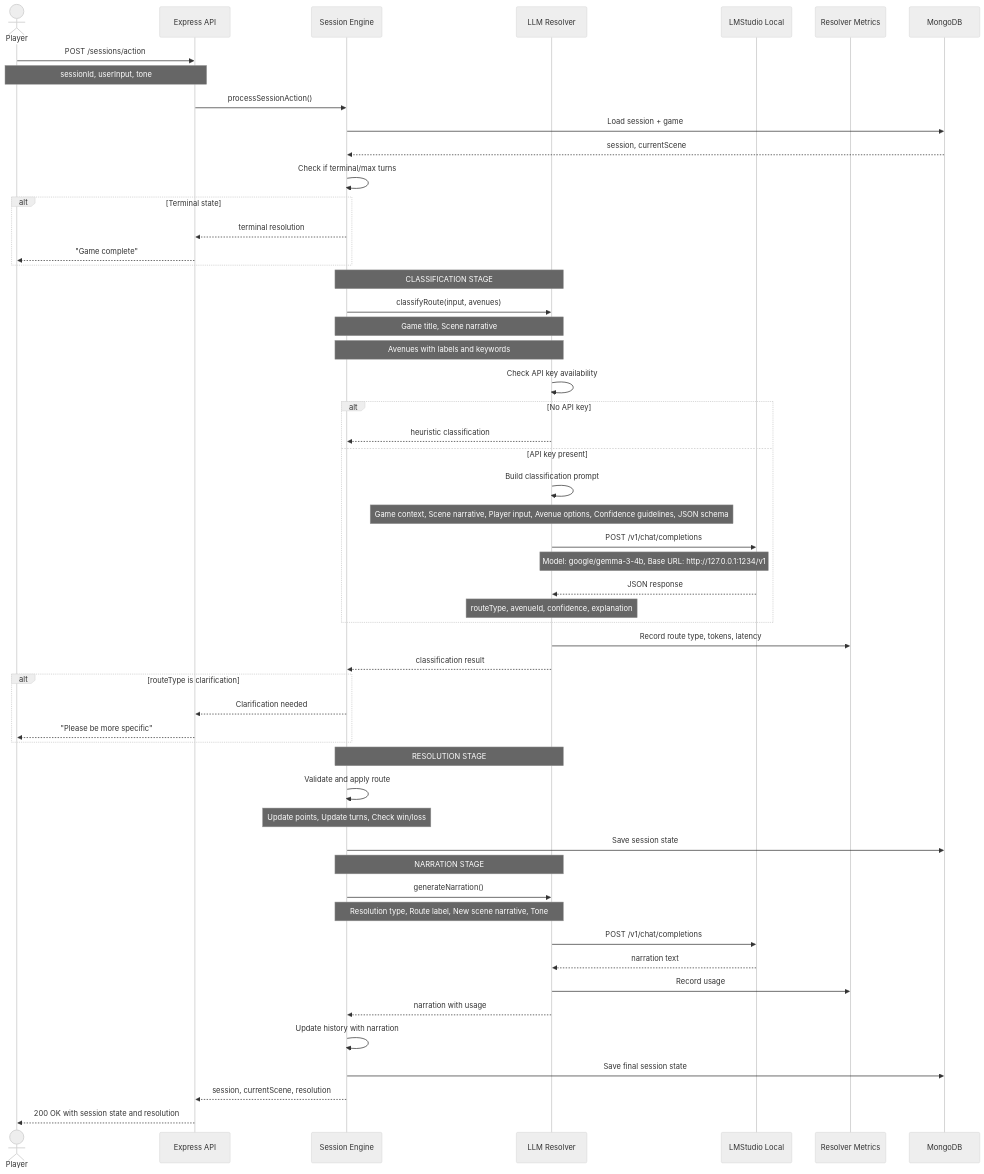
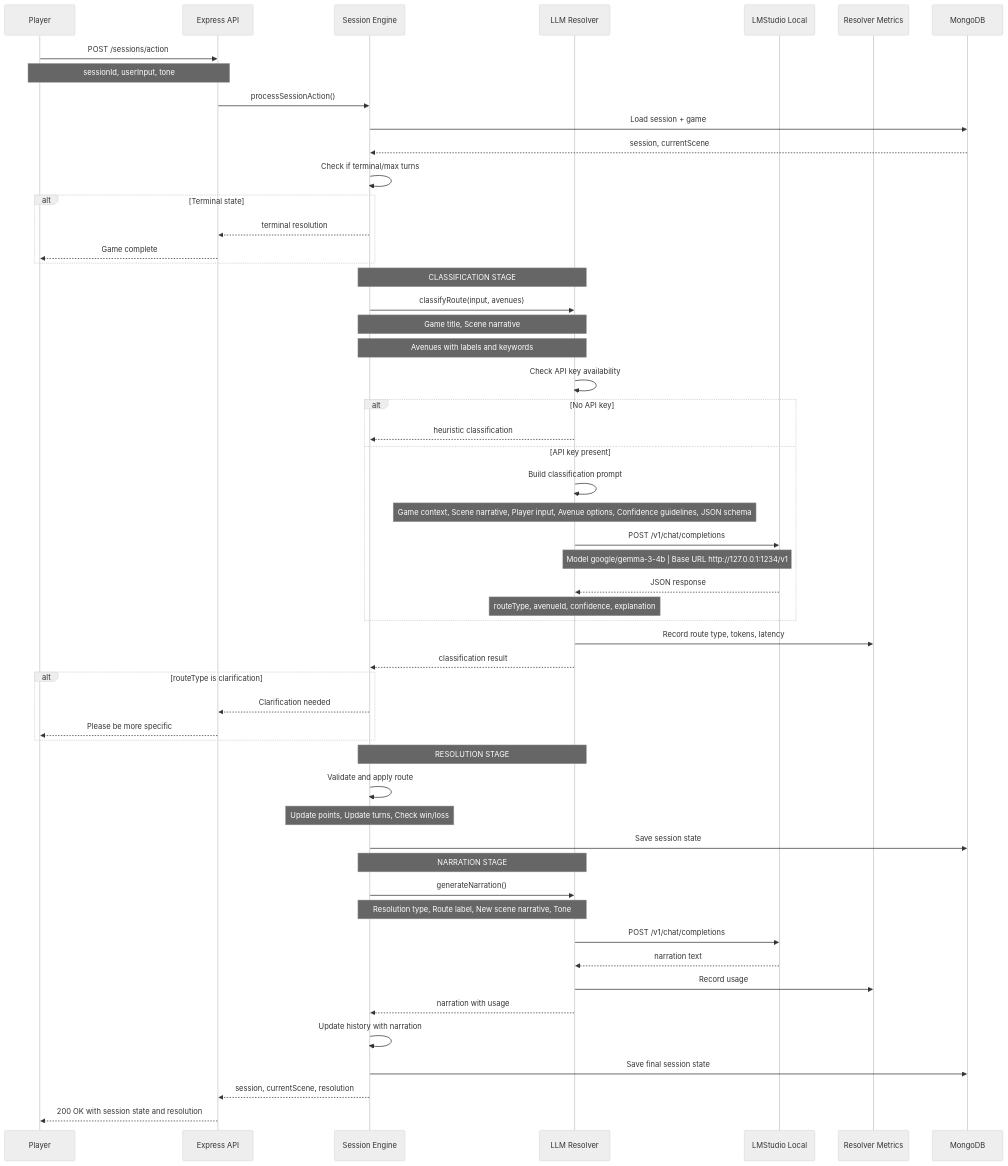
Before and after one commit to aamir-nus/lumina-quest: the first of 7 diagrams in docs/UI_MOCKUPS.md, drawn with Mermaid (neutral theme).

Commit message:
update -- fully rendered mermaid UI mockups

````diff
--- a/docs/UI_MOCKUPS.md
+++ b/docs/UI_MOCKUPS.md
@@ -7,72 +7,72 @@
 ```mermaid
 sequenceDiagram
-    actor Player
+    participant Player
     participant API as Express API
     participant Engine as Session Engine
     participant LLM as LLM Resolver
     participant LMStudio as LMStudio Local
     participant Metrics as Resolver Metrics
     participant DB as MongoDB
 
     Player->>API: POST /sessions/action
     Note over Player,API: sessionId, userInput, tone
 
     API->>Engine: processSessionAction()
 
     Engine->>DB: Load session + game
     DB-->>Engine: session, currentScene
 
     Engine->>Engine: Check if terminal/max turns
     alt Terminal state
         Engine-->>API: terminal resolution
-        API-->>Player: "Game complete"
+        API-->>Player: Game complete
     end
 
     Note over Engine,LLM: CLASSIFICATION STAGE
     Engine->>LLM: classifyRoute(input, avenues)
     Note over Engine,LLM: Game title, Scene narrative
     Note over Engine,LLM: Avenues with labels and keywords
 
     LLM->>LLM: Check API key availability
     alt No API key
         LLM-->>Engine: heuristic classification
     else API key present
         LLM->>LLM: Build classification prompt
         Note over LLM: Game context, Scene narrative, Player input, Avenue options, Confidence guidelines, JSON schema
         LLM->>LMStudio: POST /v1/chat/completions
-        Note over LLM,LMStudio: Model: google/gemma-3-4b, Base URL: http://127.0.0.1:1234/v1
+        Note over LLM,LMStudio: Model google/gemma-3-4b | Base URL http://127.0.0.1:1234/v1
         LMStudio-->>LLM: JSON response
         Note over LLM: routeType, avenueId, confidence, explanation
     end
 
     LLM->>Metrics: Record route type, tokens, latency
     LLM-->>Engine: classification result
 
     alt routeType is clarification
         Engine-->>API: Clarification needed
-        API-->>Player: "Please be more specific"
+        API-->>Player: Please be more specific
     end
 
     Note over Engine,LLM: RESOLUTION STAGE
     Engine->>Engine: Validate and apply route
     Note over Engine: Update points, Update turns, Check win/loss
 
     Engine->>DB: Save session state
 
     Note over Engine,LLM: NARRATION STAGE
     Engine->>LLM: generateNarration()
     Note over Engine,LLM: Resolution type, Route label, New scene narrative, Tone
 
     LLM->>LMStudio: POST /v1/chat/completions
     LMStudio-->>LLM: narration text
     LLM->>Metrics: Record usage
 
     LLM-->>Engine: narration with usage
 
     Engine->>Engine: Update history with narration
     Engine->>DB: Save final session state
 
     Engine-->>API: session, currentScene, resolution
 
     API-->>Player: 200 OK with session state and resolution
 ```
````
